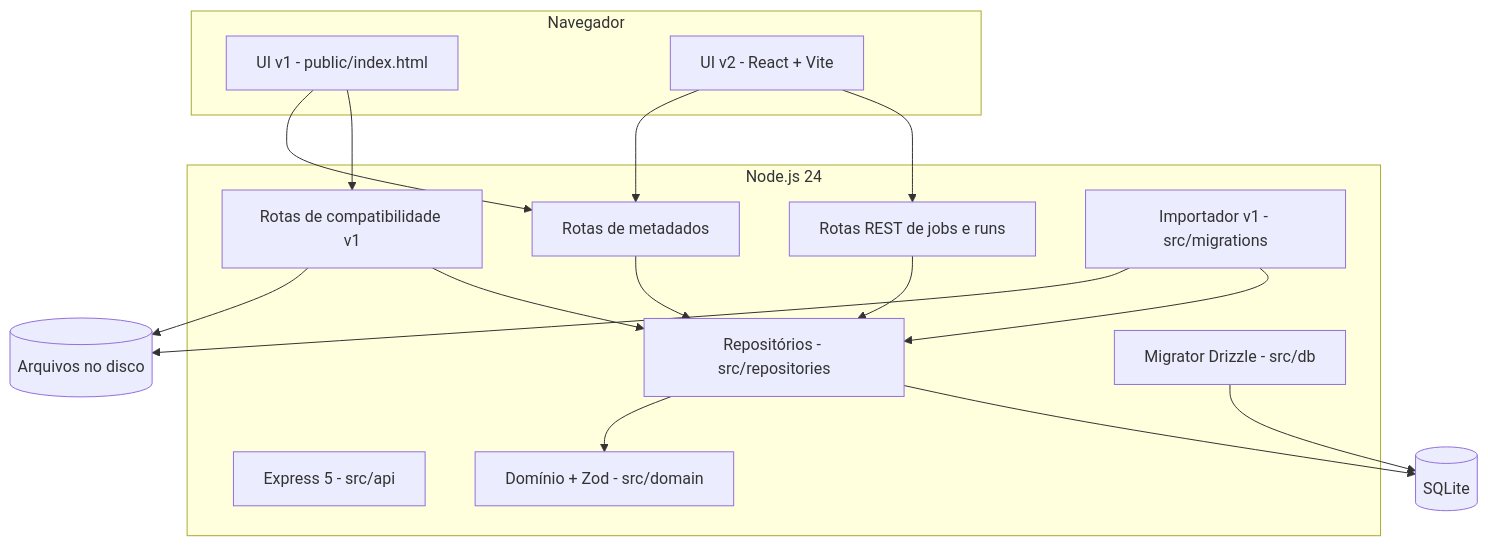
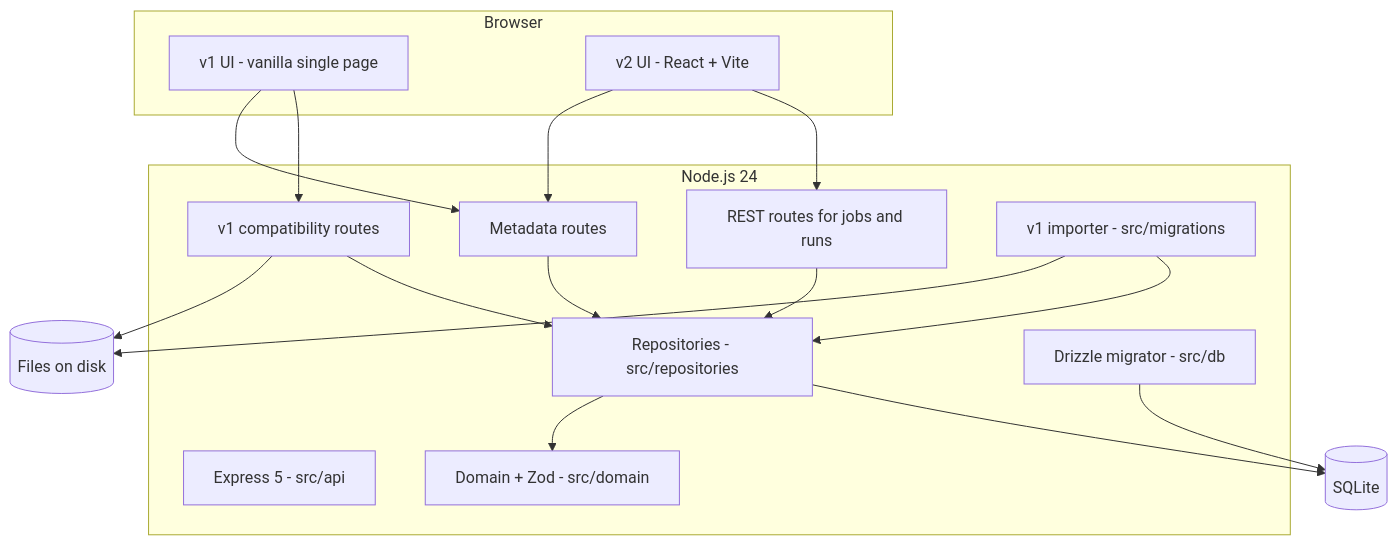
Before and after one commit to HDias/job-search: the second of 7 diagrams in docs/architecture.md, drawn with Mermaid. The commit also changed other lines of this file and 29 other files, not shown here.

````diff
--- a/docs/architecture.md
+++ b/docs/architecture.md
@@ -41,35 +41,35 @@
 ```mermaid
 flowchart TB
-  subgraph BROWSER["Navegador"]
-    V1["UI v1 - public/index.html"]
-    V2["UI v2 - React + Vite"]
+  subgraph BROWSER["Browser"]
+    V1["v1 UI - vanilla single page"]
+    V2["v2 UI - React + Vite"]
   end
 
   subgraph NODE["Node.js 24"]
     EXPRESS["Express 5 - src/api"]
-    META["Rotas de metadados"]
-    COMPAT["Rotas de compatibilidade v1"]
-    JOBS["Rotas REST de jobs e runs"]
-    REPO["Repositórios - src/repositories"]
-    DOMAIN["Domínio + Zod - src/domain"]
-    IMP["Importador v1 - src/migrations"]
-    MIG["Migrator Drizzle - src/db"]
+    META["Metadata routes"]
+    COMPAT["v1 compatibility routes"]
+    JOBS["REST routes for jobs and runs"]
+    REPO["Repositories - src/repositories"]
+    DOMAIN["Domain + Zod - src/domain"]
+    IMP["v1 importer - src/migrations"]
+    MIG["Drizzle migrator - src/db"]
   end
 
   DB[("SQLite")]
-  FILES[("Arquivos no disco")]
+  FILES[("Files on disk")]
 
   V1 --> COMPAT
   V1 --> META
   V2 --> JOBS
   V2 --> META
   COMPAT --> REPO
   JOBS --> REPO
   META --> REPO
   REPO --> DB
   REPO --> DOMAIN
   IMP --> REPO
   IMP --> FILES
   MIG --> DB
   COMPAT --> FILES
 ```
````
